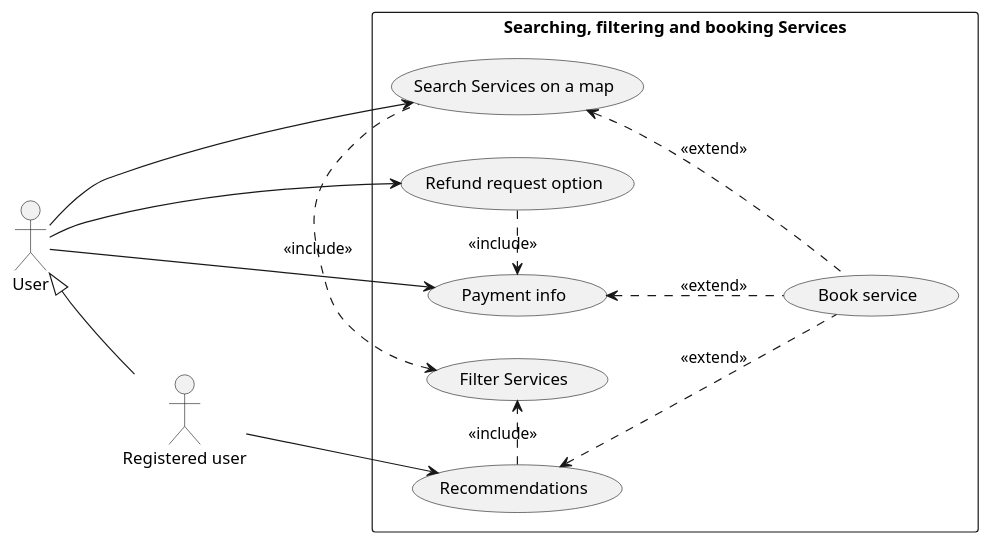
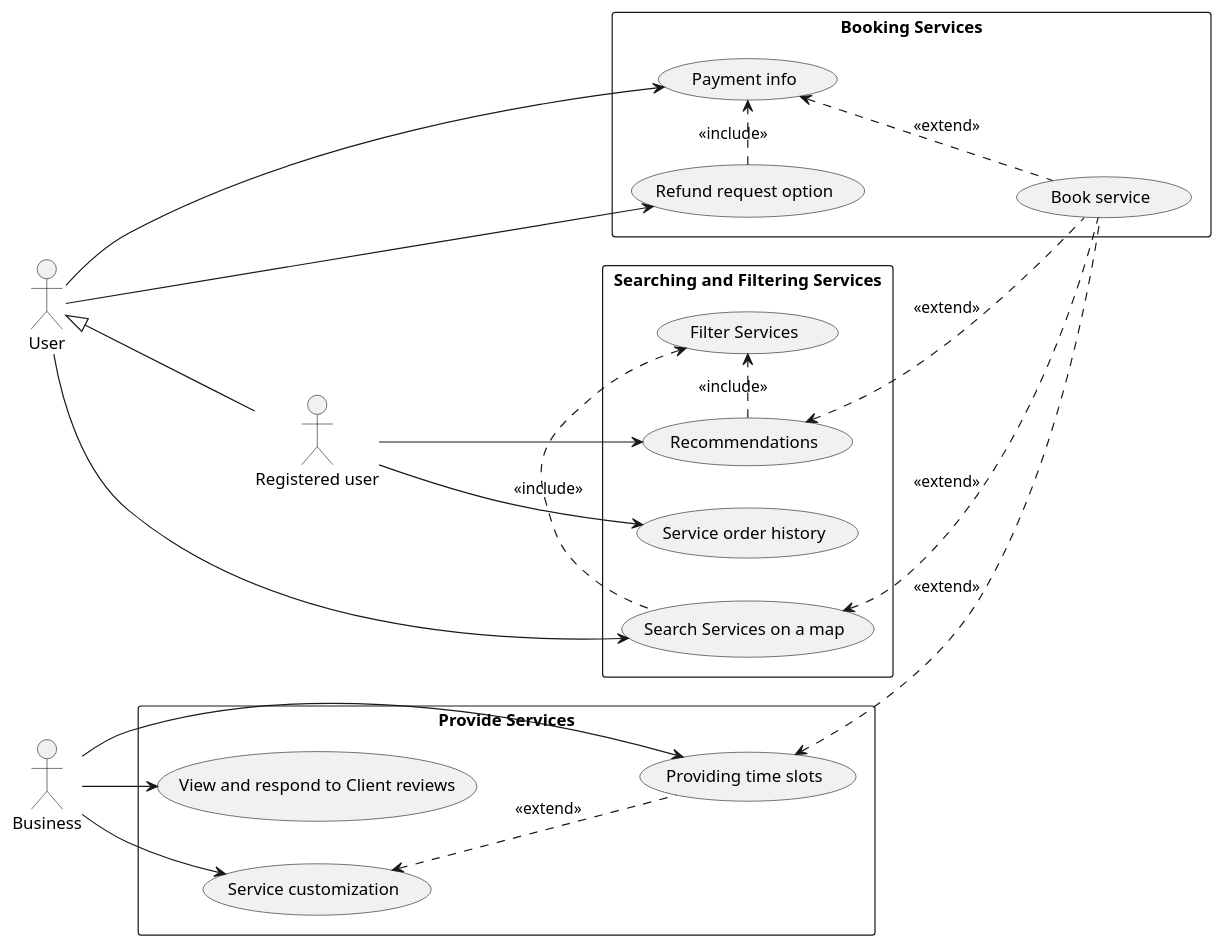
Before and after one commit to JuhTyg010/Vellure-NSWI041: the diagram in uml/uml-usecase-diagram.plantuml, drawn with PlantUML. The commit also changed 1 other file, not shown here.

Commit message:
Extend uml diagram

```diff
--- a/uml/uml-usecase-diagram.plantuml
+++ b/uml/uml-usecase-diagram.plantuml
@@ -1,25 +1,45 @@
 @startuml
 left to right direction
 actor "User" as AC_U
 actor "Registered user" as AC_FT
-rectangle "Searching, filtering and booking Services" {
+actor "Business" as AC_B
+
+rectangle "Searching and Filtering Services" {
     usecase "Search Services on a map" as UC_SM
+    usecase "Recommendations" as UC_RS
+    usecase "Filter Services" AS UC_FS
+    usecase "Service order history" as UC_SO
+}
+rectangle "Booking Services" {
+    usecase "Book service" as UC_BS
+    usecase "Refund request option" as UC_RR
     usecase "Payment info" as UC_PI
-    usecase "Refund request option" as UC_RR
-    usecase "Recommendations" as UC_RS
-    usecase "Book service" as UC_BS
-    usecase "Filter Services" AS UC_FS
 }
+
+rectangle "Provide Services" {
+    usecase "Providing time slots" as UC_PS
+    usecase "Service customization" as UC_SC
+    usecase "View and respond to Client reviews" as UC_RC
+}
+
 UC_BS .u.> UC_SM : <<extend>>
 UC_BS .u.> UC_RS : <<extend>>
 UC_BS .u.> UC_PI : <<extend>>
+UC_BS .u.> UC_PS : <<extend>>
 UC_SM .l.> UC_FS : <<include>>
 UC_RS .r.> UC_FS : <<include>>
 UC_RR .r.> UC_PI : <<include>>
+
+UC_PS .u.> UC_SC : <<extend>>
 
 AC_U --> UC_SM
 AC_U --> UC_PI
 AC_U --> UC_RR
 AC_FT -u-|> AC_U
 AC_FT --> UC_RS
+AC_FT --> UC_SO
+
+AC_B --> UC_PS
+AC_B --> UC_SC
+AC_B --> UC_RC
 @enduml
```
